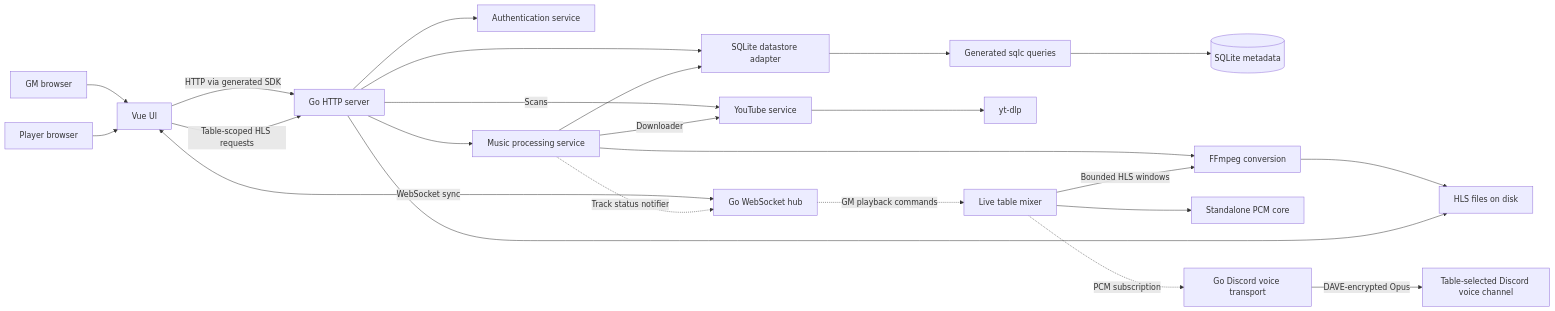
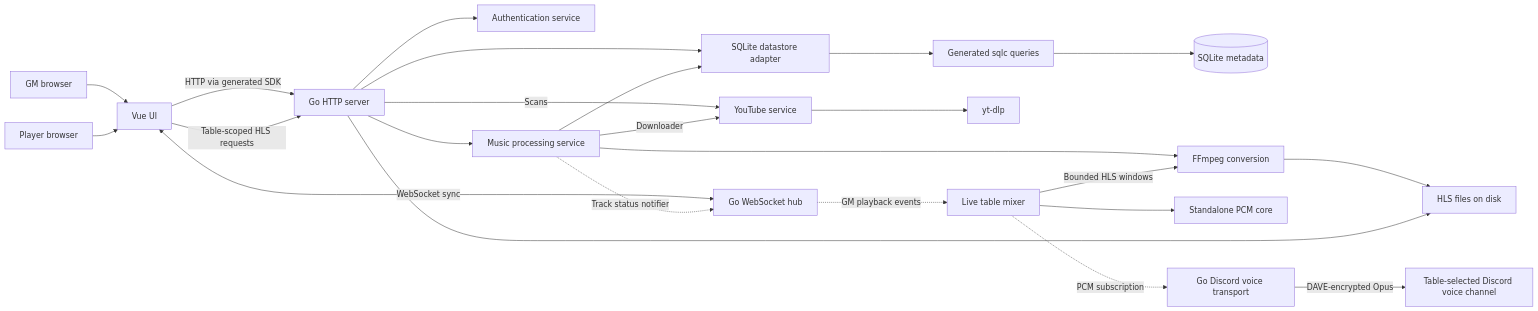
The diagram in docs/overview.md (terrabitz/rpg-audio-streamer), drawn with Mermaid before and after one commit. The commit also changed 60 other files, not shown here.

````diff
--- a/docs/overview.md
+++ b/docs/overview.md
@@ -19,26 +19,26 @@
 ```mermaid
 flowchart LR
   GM[GM browser] --> UI[Vue UI]
   Player[Player browser] --> UI
   UI -->|HTTP via generated SDK| API[Go HTTP server]
   UI <-->|WebSocket sync| Hub[Go WebSocket hub]
   UI -->|Table-scoped HLS requests| API
   API --> Auth[Authentication service]
   API --> Store[SQLite datastore adapter]
   Store --> Queries[Generated sqlc queries]
   Queries --> DB[(SQLite metadata)]
   API --> Processing[Music processing service]
   API -->|Scans| YouTube[YouTube service]
   Processing --> Store
   Processing --> FFmpeg[FFmpeg conversion]
   Processing -->|Downloader| YouTube
   Processing -.->|Track status notifier| Hub
   YouTube --> YTDLP[yt-dlp]
   FFmpeg --> Uploads[HLS files on disk]
   API --> Uploads
-  Hub -.->|GM playback commands| Mix[Live table mixer]
+  Hub -.->|GM playback events| Mix[Live table mixer]
   Mix --> PCM[Standalone PCM core]
   Mix -->|Bounded HLS windows| FFmpeg
   Mix -.->|PCM subscription| Voice[Go Discord voice transport]
   Voice -->|DAVE-encrypted Opus| Discord[Table-selected Discord voice channel]
 ```
````
